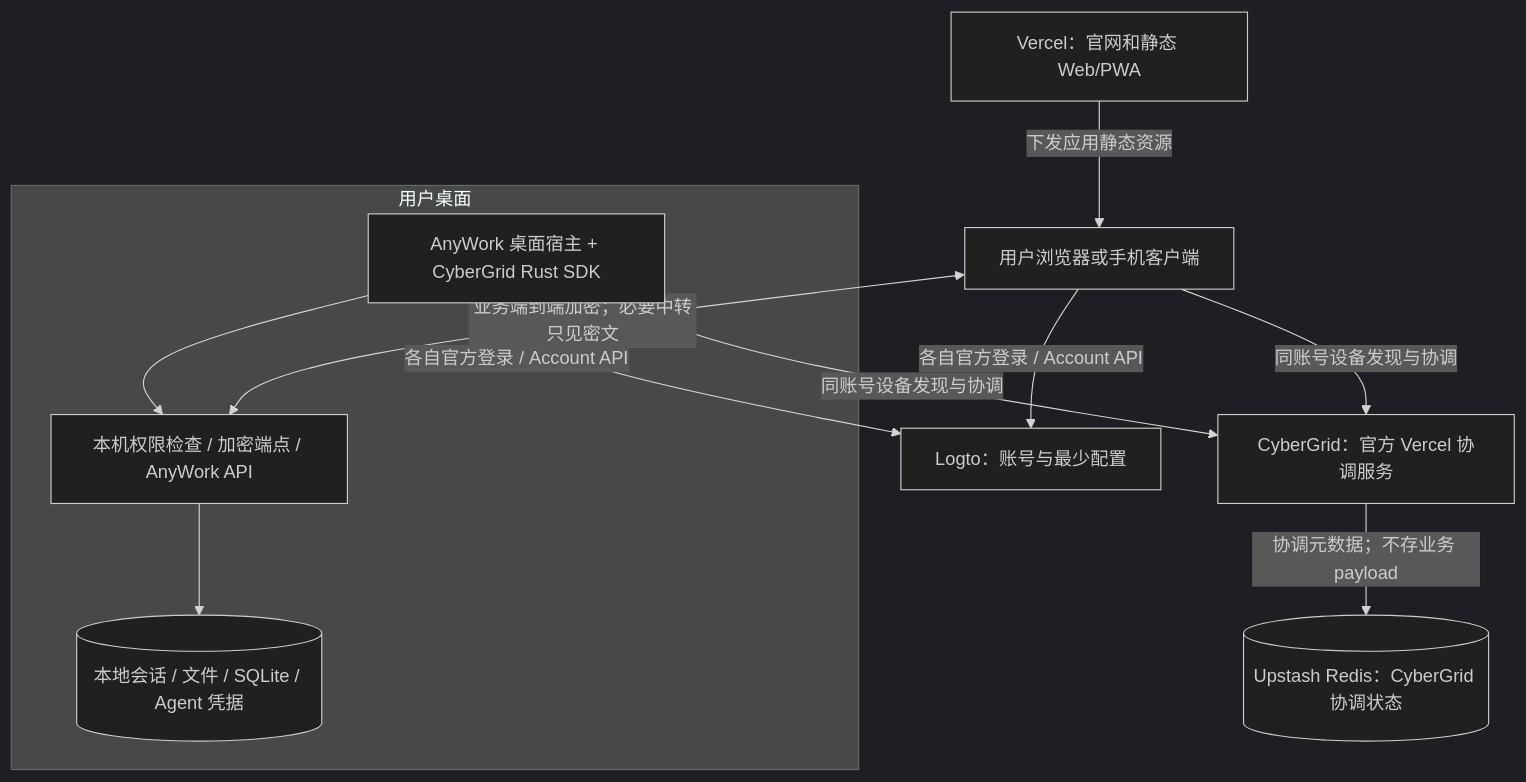
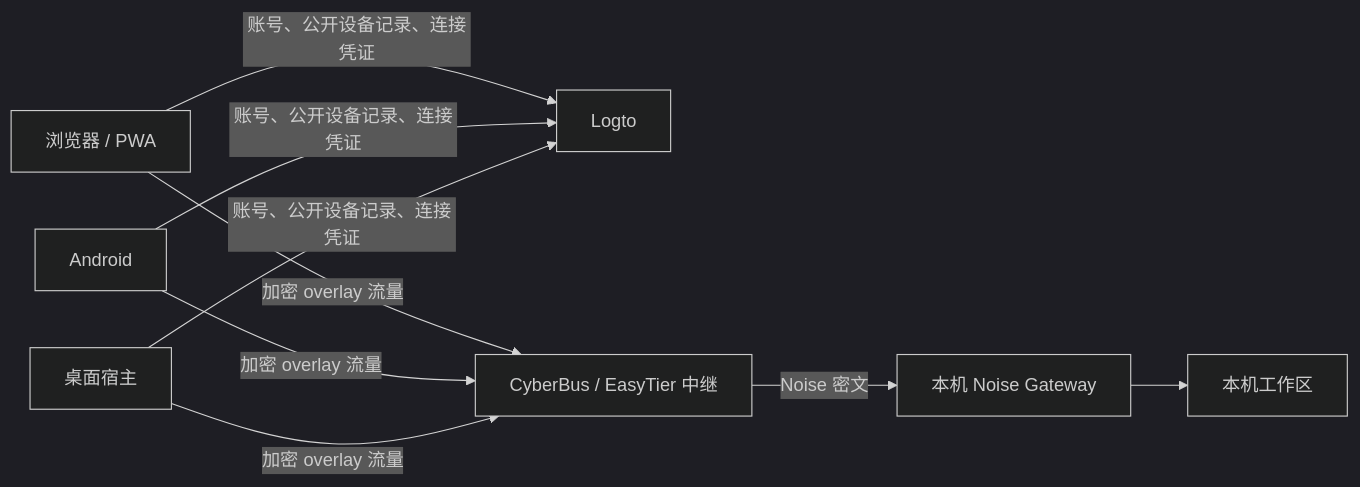
Before and after one commit to ywateru/AnyWork: the diagram in docs/account-device-cloud-review.md, drawn with Mermaid (dark theme). The commit also changed other lines of this file and 173 other files, not shown here.

Commit message:
feat: replace CyberGrid with CyberBus

````diff
--- a/docs/account-device-cloud-review.md
+++ b/docs/account-device-cloud-review.md
@@ -59,19 +15,15 @@
 ```mermaid
-flowchart TB
-  V[Vercel：官网和静态 Web/PWA]
-  W[用户浏览器或手机客户端]
-  L[Logto：账号与最少配置]
-  G[CyberGrid：官方 Vercel 协调服务]
-  R[(Upstash Redis：CyberGrid 协调状态)]
-  subgraph D[用户桌面]
-    H[AnyWork 桌面宿主 + CyberGrid Rust SDK]
-    A[本机权限检查 / 加密端点 / AnyWork API]
-    F[(本地会话 / 文件 / SQLite / Agent 凭据)]
-    H --> A --> F
-  end
-  V -->|下发应用静态资源| W
-  W & H -->|各自官方登录 / Account API| L
-  W & H -->|同账号设备发现与协调| G
-  G -->|协调元数据；不存业务 payload| R
-  W <-->|业务端到端加密；必要中转只见密文| A
+flowchart LR
+  Browser[浏览器 / PWA]
+  Phone[Android]
+  Desktop[桌面宿主]
+  Logto[Logto]
+  Relay[CyberBus / EasyTier 中继]
+  Gateway[本机 Noise Gateway]
+  Workspace[本机工作区]
+
+  Browser & Phone & Desktop -->|账号、公开设备记录、连接凭证| Logto
+  Browser & Phone & Desktop -->|加密 overlay 流量| Relay
+  Relay -->|Noise 密文| Gateway
+  Gateway --> Workspace
 ```
````
